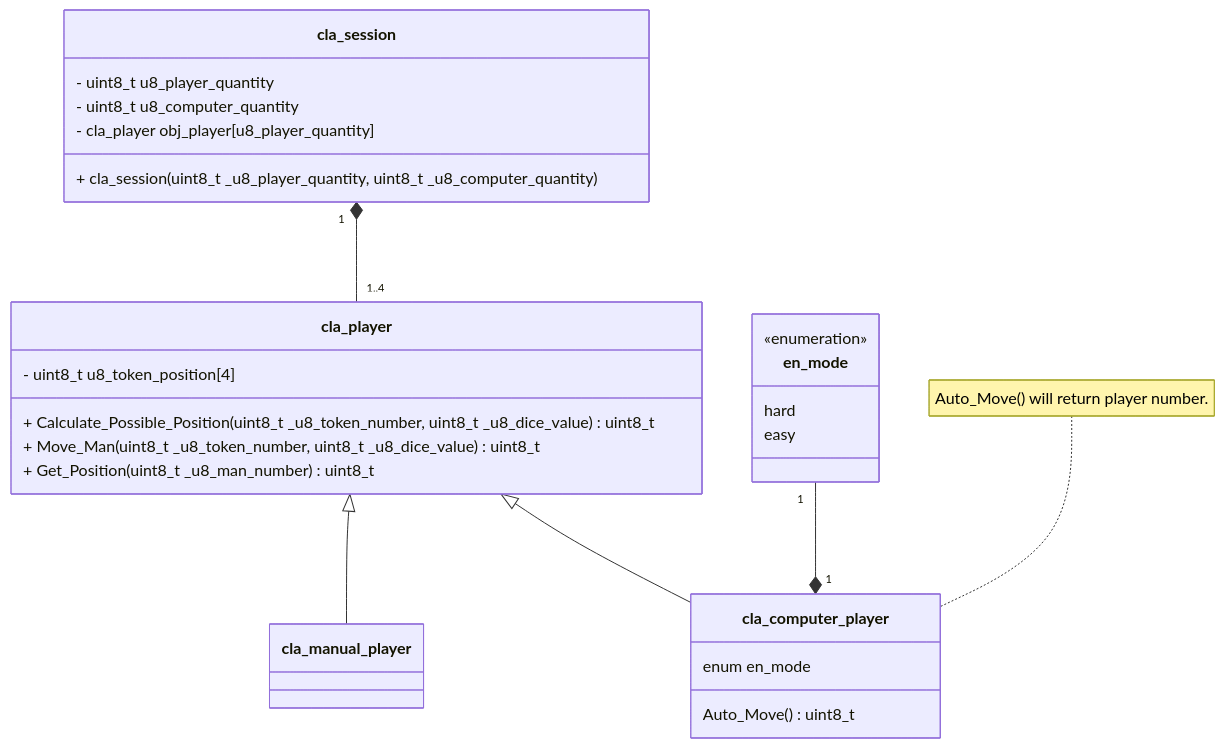
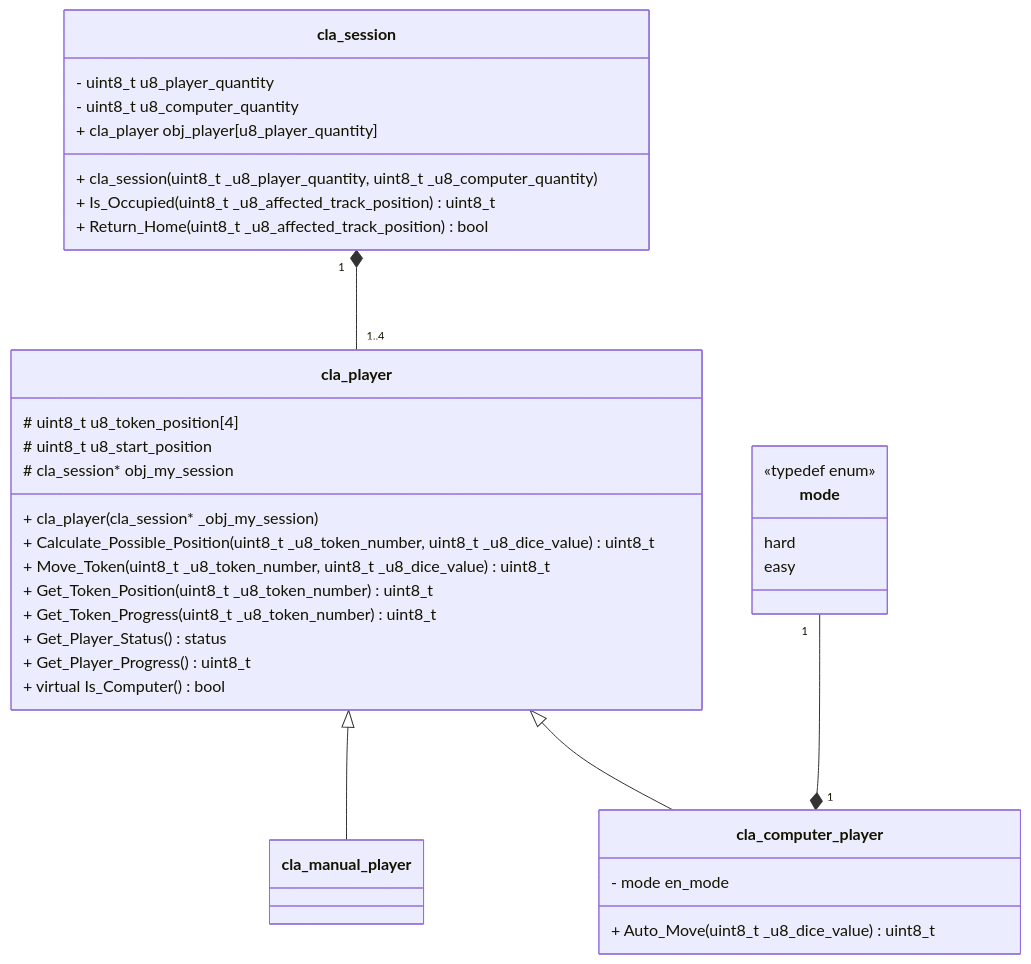
The second of 2 diagrams in Design_Description/Software_Architecture/Software_Architecture.md (lukas1-12/Arduino_DHBW_Spiel), drawn with Mermaid before and after one commit. The commit also changed other lines of this file, not shown here.

````diff
--- a/Design_Description/Software_Architecture/Software_Architecture.md
+++ b/Design_Description/Software_Architecture/Software_Architecture.md
@@ -20,36 +26,48 @@
 ```mermaid
   classDiagram
     %%{init:{'flowchart':{'nodeSpacing': 50, 'rankSpacing': 100}}}%%
+    
     class cla_session {
         - uint8_t u8_player_quantity
         - uint8_t u8_computer_quantity
-        - cla_player obj_player[u8_player_quantity]
+        + cla_player obj_player[u8_player_quantity]
 
         + cla_session(uint8_t _u8_player_quantity, uint8_t _u8_computer_quantity)
+        + Is_Occupied(uint8_t _u8_affected_track_position) uint8_t
+        + Return_Home(uint8_t _u8_affected_track_position) bool
     }
+
     cla_session "1" *-- "1..4" cla_player
     class cla_player {
-        - uint8_t u8_token_position[4]
-        
+        # uint8_t u8_token_position[4]
+        # uint8_t u8_start_position
+        # cla_session* obj_my_session
+
+        + cla_player(cla_session* _obj_my_session)
         + Calculate_Possible_Position(uint8_t _u8_token_number, uint8_t _u8_dice_value) uint8_t
-        + Move_Man(uint8_t _u8_token_number, uint8_t _u8_dice_value) uint8_t
-        + Get_Position(uint8_t _u8_man_number) uint8_t
+        + Move_Token(uint8_t _u8_token_number, uint8_t _u8_dice_value) uint8_t
+        + Get_Token_Position(uint8_t _u8_token_number) uint8_t
+        + Get_Token_Progress(uint8_t _u8_token_number) uint8_t
+        + Get_Player_Status() status
+        + Get_Player_Progress() uint8_t
+        + virtual Is_Computer() bool
 
     }
+
     cla_player <|-- cla_manual_player
     class cla_manual_player {
 
     }
     cla_player <|-- cla_computer_player
     class cla_computer_player{
-        enum en_mode
-        Auto_Move() uint8_t
+        - mode en_mode
+        + Auto_Move(uint8_t _u8_dice_value) uint8_t
     }
-    note for cla_computer_player "Auto_Move() will return player number."
-    en_mode "1" --* "1" cla_computer_player
-    class en_mode{
-        <<enumeration>>
+
+    mode "1" --* "1" cla_computer_player
+    class mode{
+        <<typedef enum>>
         hard
         easy
     }
 ```
````
